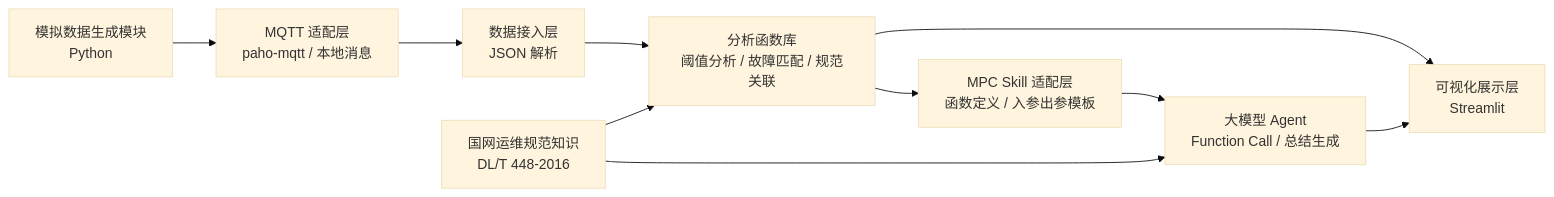
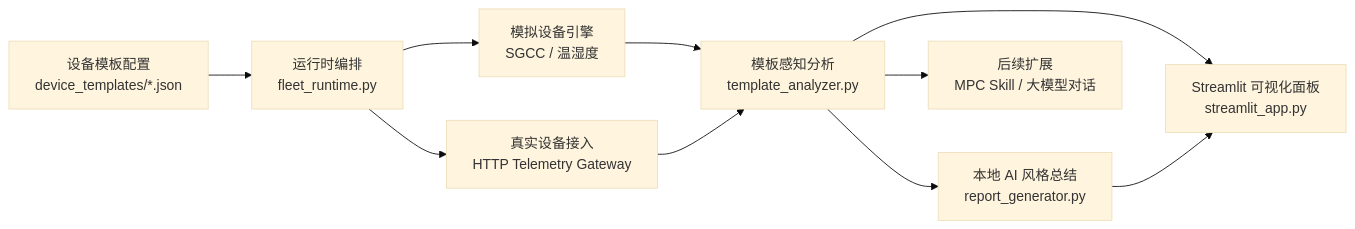
Before and after one commit to Spphire/DeviceSentinel-AI: the diagram in README.md, drawn with Mermaid (base theme). The commit also changed other lines of this file and 15 other files, not shown here.

````diff
--- a/README.md
+++ b/README.md
@@ -25,12 +43,12 @@
 ```mermaid
 flowchart LR
-    A["模拟数据生成模块\nPython"] --> B["MQTT 适配层\npaho-mqtt / 本地消息"]
-    B --> C["数据接入层\nJSON 解析"]
-    C --> D["分析函数库\n阈值分析 / 故障匹配 / 规范关联"]
-    D --> E["MPC Skill 适配层\n函数定义 / 入参出参模板"]
-    E --> F["大模型 Agent\nFunction Call / 总结生成"]
-    D --> G["可视化展示层\nStreamlit"]
+    A["设备模板配置<br/>device_templates/*.json"] --> B["运行时编排<br/>fleet_runtime.py"]
+    B --> C["模拟设备引擎<br/>SGCC / 温湿度"]
+    B --> D["真实设备接入<br/>HTTP Telemetry Gateway"]
+    C --> E["模板感知分析<br/>template_analyzer.py"]
+    D --> E
+    E --> F["本地 AI 风格总结<br/>report_generator.py"]
+    E --> G["Streamlit 可视化面板<br/>streamlit_app.py"]
     F --> G
-    H["国网运维规范知识\nDL/T 448-2016"] --> D
-    H --> F
+    E --> H["后续扩展<br/>MPC Skill / 大模型对话"]
 ```
````
